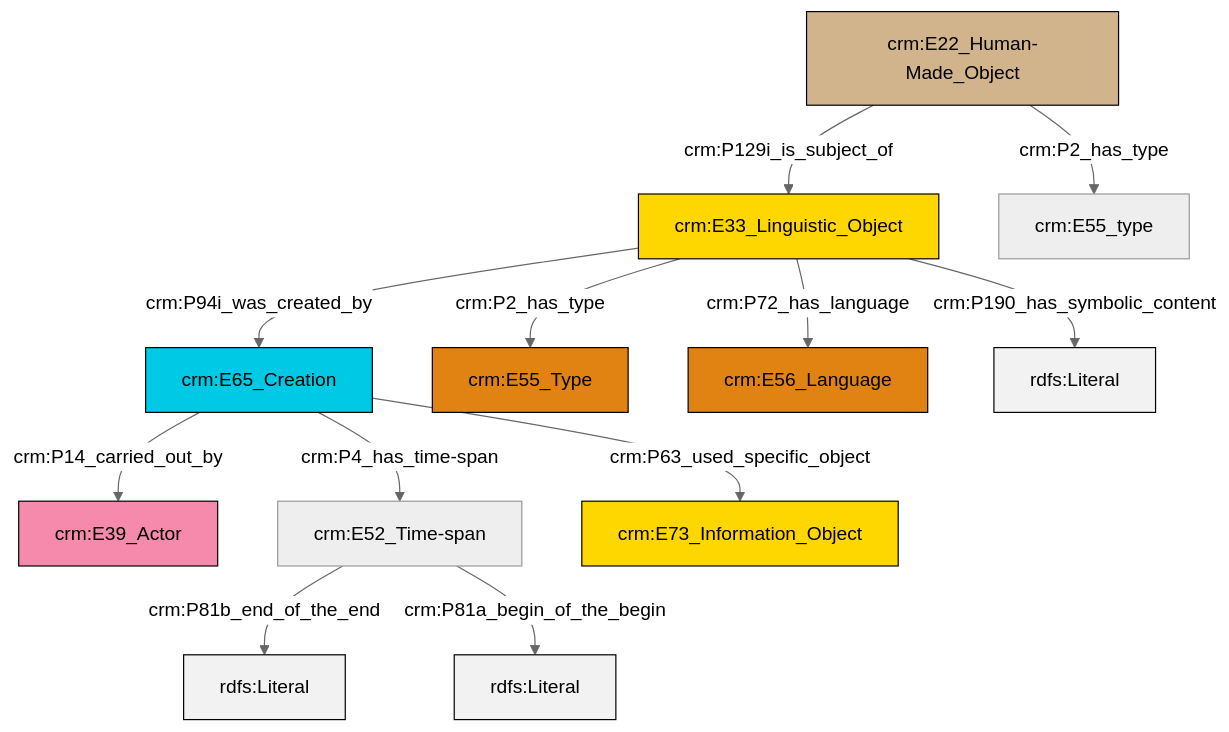
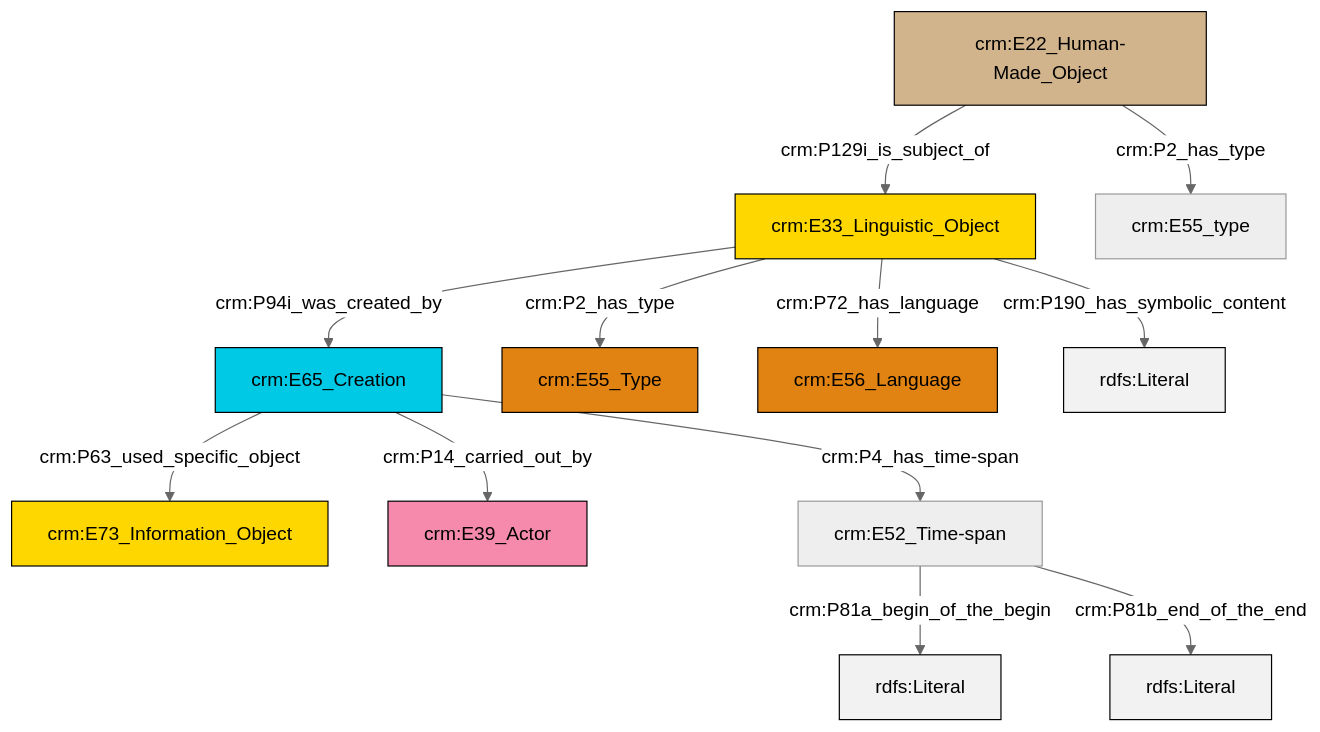
The diagram in et/artworkCSV/ttl/mmd/Artwork_Description.ttl.mmd (ncarboni/srdm), drawn with Mermaid (neutral theme) before and after one commit. The commit also changed 131 other files, not shown here.

```diff
--- a/et/artworkCSV/ttl/mmd/Artwork_Description.ttl.mmd
+++ b/et/artworkCSV/ttl/mmd/Artwork_Description.ttl.mmd
@@ -1,26 +1,26 @@
 graph TD
 classDef Literal fill:#f2f2f2,stroke:#000000;
 classDef CRM_Entity fill:#FFFFFF,stroke:#000000;
 classDef Temporal_Entity fill:#00C9E6, stroke:#000000;
 classDef Type fill:#E18312, stroke:#000000;
 classDef Time-Span fill:#2C9C91, stroke:#000000;
 classDef Appellation fill:#FFEB7F, stroke:#000000;
 classDef Place fill:#008836, stroke:#000000;
 classDef Persistent_Item fill:#B266B2, stroke:#000000;
 classDef Conceptual_Object fill:#FFD700, stroke:#000000;
 classDef Physical_Thing fill:#D2B48C, stroke:#000000;
 classDef Actor fill:#f58aad, stroke:#000000;
 classDef PC_Classes fill:#4ce600, stroke:#000000;
 classDef Multi fill:#cccccc,stroke:#000000;
 
-0["crm:E65_Creation"]:::Temporal_Entity -->|crm:P14_carried_out_by| 1["crm:E39_Actor"]:::Actor
-0["crm:E65_Creation"]:::Temporal_Entity -->|crm:P4_has_time-span| 3["crm:E52_Time-span"]:::Default
-3["crm:E52_Time-span"]:::Default -->|crm:P81b_end_of_the_end| 4[rdfs:Literal]:::Literal
-5["crm:E33_Linguistic_Object"]:::Conceptual_Object -->|crm:P2_has_type| 6["crm:E55_Type"]:::Type
-5["crm:E33_Linguistic_Object"]:::Conceptual_Object -->|crm:P94i_was_created_by| 0["crm:E65_Creation"]:::Temporal_Entity
-7["crm:E22_Human-Made_Object"]:::Physical_Thing -->|crm:P2_has_type| 8["crm:E55_type"]:::Default
-5["crm:E33_Linguistic_Object"]:::Conceptual_Object -->|crm:P72_has_language| 10["crm:E56_Language"]:::Type
-7["crm:E22_Human-Made_Object"]:::Physical_Thing -->|crm:P129i_is_subject_of| 5["crm:E33_Linguistic_Object"]:::Conceptual_Object
-3["crm:E52_Time-span"]:::Default -->|crm:P81a_begin_of_the_begin| 15[rdfs:Literal]:::Literal
-0["crm:E65_Creation"]:::Temporal_Entity -->|crm:P63_used_specific_object| 13["crm:E73_Information_Object"]:::Conceptual_Object
-5["crm:E33_Linguistic_Object"]:::Conceptual_Object -->|crm:P190_has_symbolic_content| 18[rdfs:Literal]:::Literal
+2["crm:E65_Creation"]:::Temporal_Entity -->|crm:P14_carried_out_by| 3["crm:E39_Actor"]:::Actor
+4["crm:E33_Linguistic_Object"]:::Conceptual_Object -->|crm:P2_has_type| 5["crm:E55_Type"]:::Type
+6["crm:E22_Human-Made_Object"]:::Physical_Thing -->|crm:P129i_is_subject_of| 4["crm:E33_Linguistic_Object"]:::Conceptual_Object
+2["crm:E65_Creation"]:::Temporal_Entity -->|crm:P4_has_time-span| 7["crm:E52_Time-span"]:::Default
+2["crm:E65_Creation"]:::Temporal_Entity -->|crm:P63_used_specific_object| 0["crm:E73_Information_Object"]:::Conceptual_Object
+7["crm:E52_Time-span"]:::Default -->|crm:P81a_begin_of_the_begin| 9[rdfs:Literal]:::Literal
+4["crm:E33_Linguistic_Object"]:::Conceptual_Object -->|crm:P94i_was_created_by| 2["crm:E65_Creation"]:::Temporal_Entity
+4["crm:E33_Linguistic_Object"]:::Conceptual_Object -->|crm:P190_has_symbolic_content| 14[rdfs:Literal]:::Literal
+7["crm:E52_Time-span"]:::Default -->|crm:P81b_end_of_the_end| 17[rdfs:Literal]:::Literal
+4["crm:E33_Linguistic_Object"]:::Conceptual_Object -->|crm:P72_has_language| 11["crm:E56_Language"]:::Type
+6["crm:E22_Human-Made_Object"]:::Physical_Thing -->|crm:P2_has_type| 15["crm:E55_type"]:::Default
```
